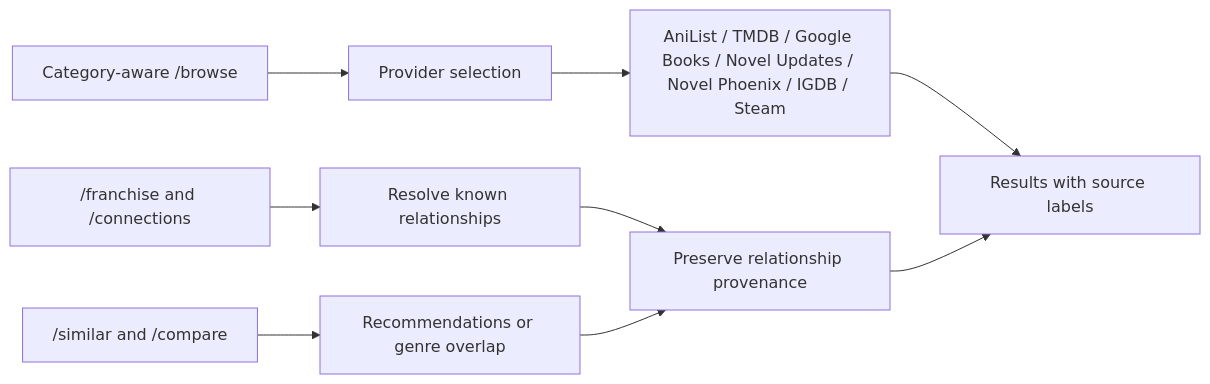
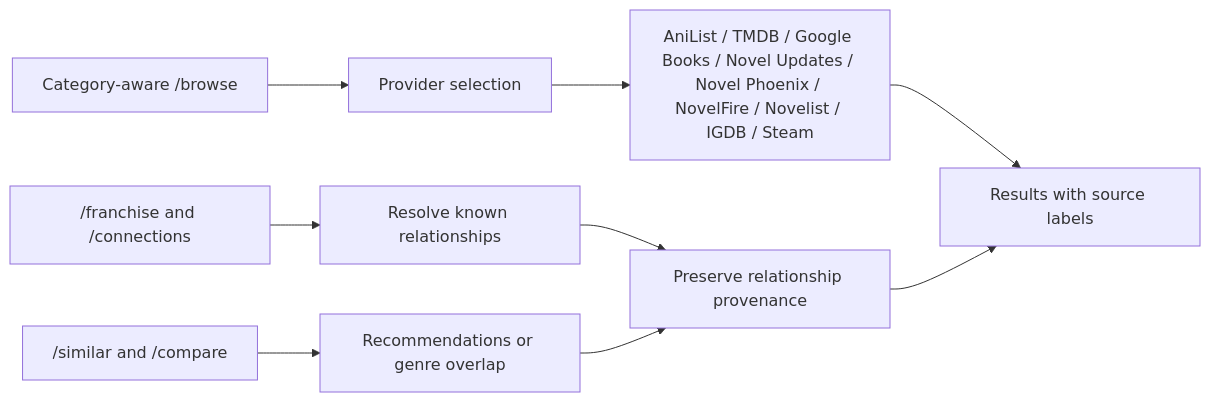
The third of 9 diagrams in README.md (Kyerstorm/Lemegeton), drawn with Mermaid before and after one commit. The commit also changed other lines of this file, not shown here.

Commit message:
Document additional webnovel scraper providers

````diff
--- a/README.md
+++ b/README.md
@@ -146,11 +146,11 @@
 ```mermaid
 flowchart LR
     Search["Category-aware /browse"] --> Router["Provider selection"]
     Franchise["/franchise and /connections"] --> Relations["Resolve known relationships"]
     Similar["/similar and /compare"] --> Signals["Recommendations or genre overlap"]
-    Router --> Providers["AniList / TMDB / Google Books / Novel Updates / Novel Phoenix / IGDB / Steam"]
+    Router --> Providers["AniList / TMDB / Google Books / Novel Updates / Novel Phoenix / NovelFire / Novelist / IGDB / Steam"]
     Relations --> Evidence["Preserve relationship provenance"]
     Signals --> Evidence
     Providers --> Results["Results with source labels"]
     Evidence --> Results
 ```
````
